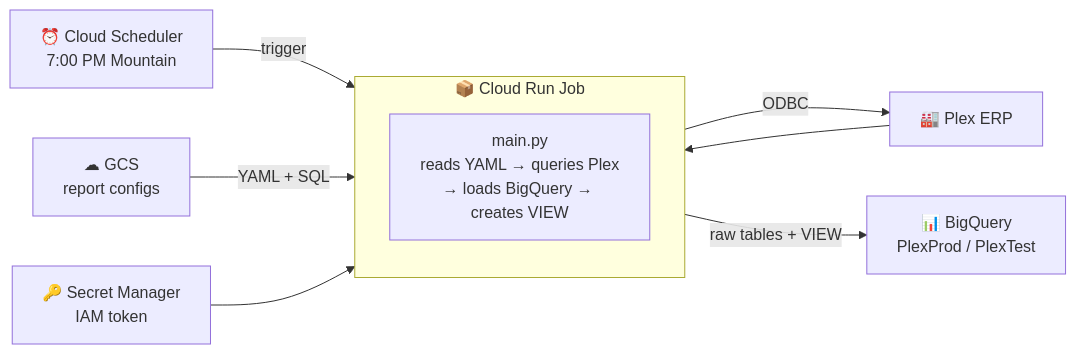
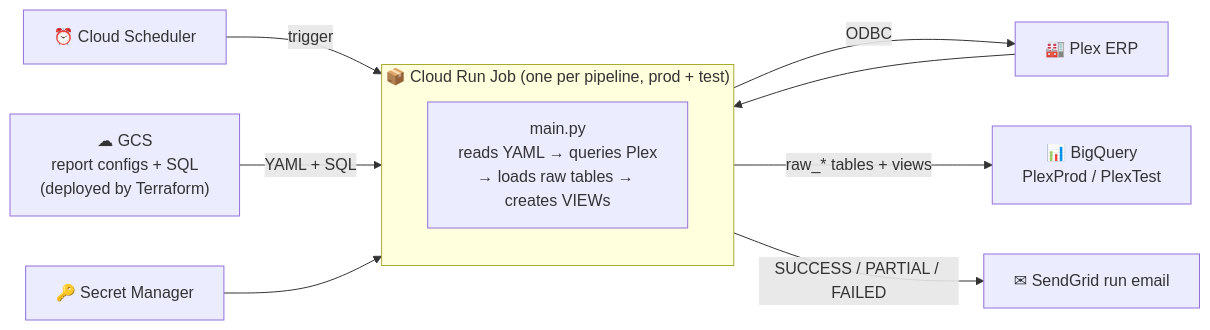
One commit to Parasol-Group-Inc/plex-to-big-query changed the diagram in README.md. Above: the diagram before and after it, drawn with Mermaid. The commit also changed other lines of this file and 7 other files, not shown here.

````diff
--- a/README.md
+++ b/README.md
@@ -32,14 +60,15 @@
 ```mermaid
 graph LR
-    SCHED["⏰ Cloud Scheduler\n7:00 PM Mountain"] -->|trigger| CR
-    GCS["☁ GCS\nreport configs"] -->|YAML + SQL| CR
-    SM["🔑 Secret Manager\nIAM token"] --> CR
+    SCHED["⏰ Cloud Scheduler"] -->|trigger| CR
+    GCS["☁ GCS\nreport configs + SQL\n(deployed by Terraform)"] -->|YAML + SQL| CR
+    SM["🔑 Secret Manager"] --> CR
 
-    subgraph CR["📦 Cloud Run Job"]
-        MAIN["main.py\nreads YAML → queries Plex\n→ loads BigQuery → creates VIEW"]
+    subgraph CR["📦 Cloud Run Job (one per pipeline, prod + test)"]
+        MAIN["main.py\nreads YAML → queries Plex\n→ loads raw tables → creates VIEWs"]
     end
 
     CR -->|ODBC| PLEX["🏭 Plex ERP"]
     PLEX --> CR
-    CR -->|raw tables + VIEW| BQ["📊 BigQuery\nPlexProd / PlexTest"]
+    CR -->|raw_* tables + views| BQ["📊 BigQuery\nPlexProd / PlexTest"]
+    CR -->|SUCCESS / PARTIAL / FAILED| MAIL["✉ SendGrid run email"]
 ```
````
